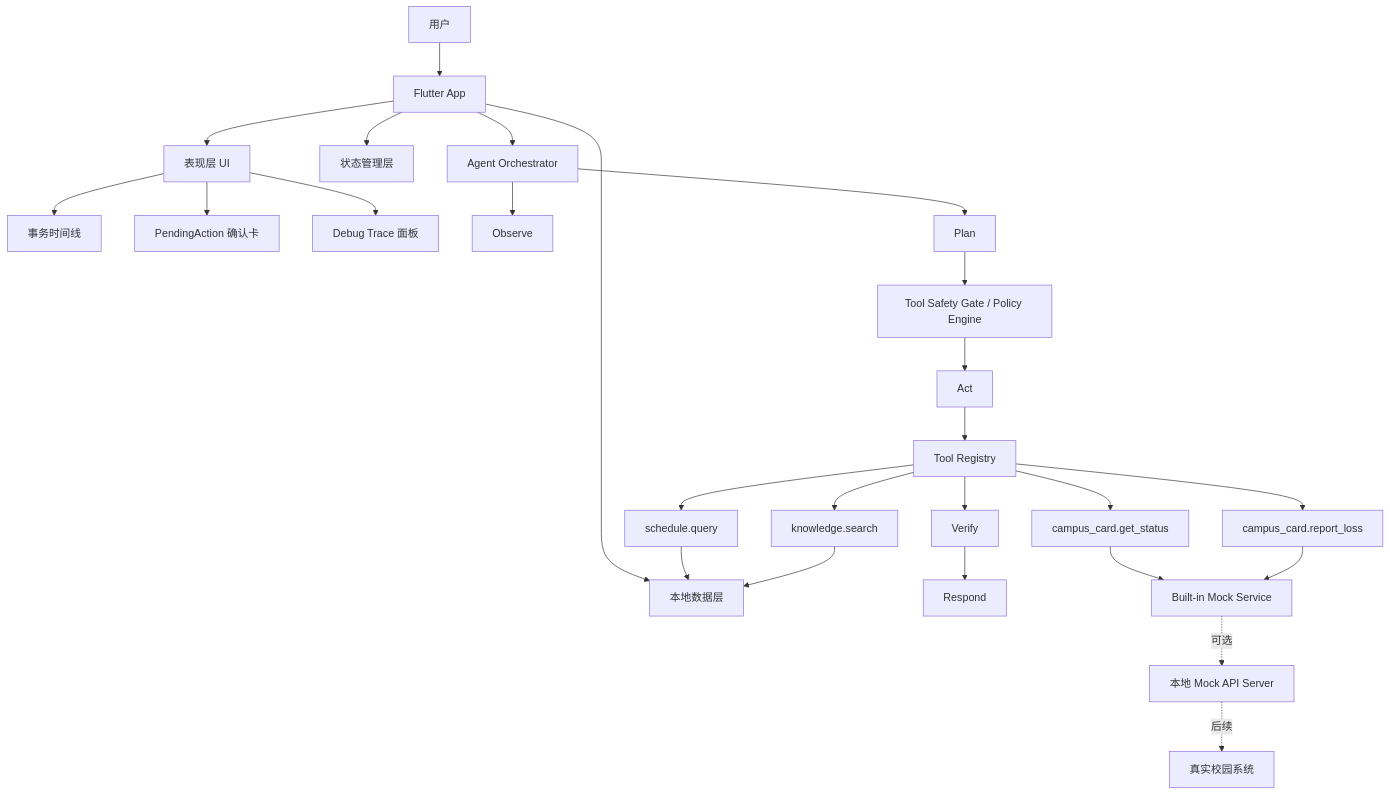
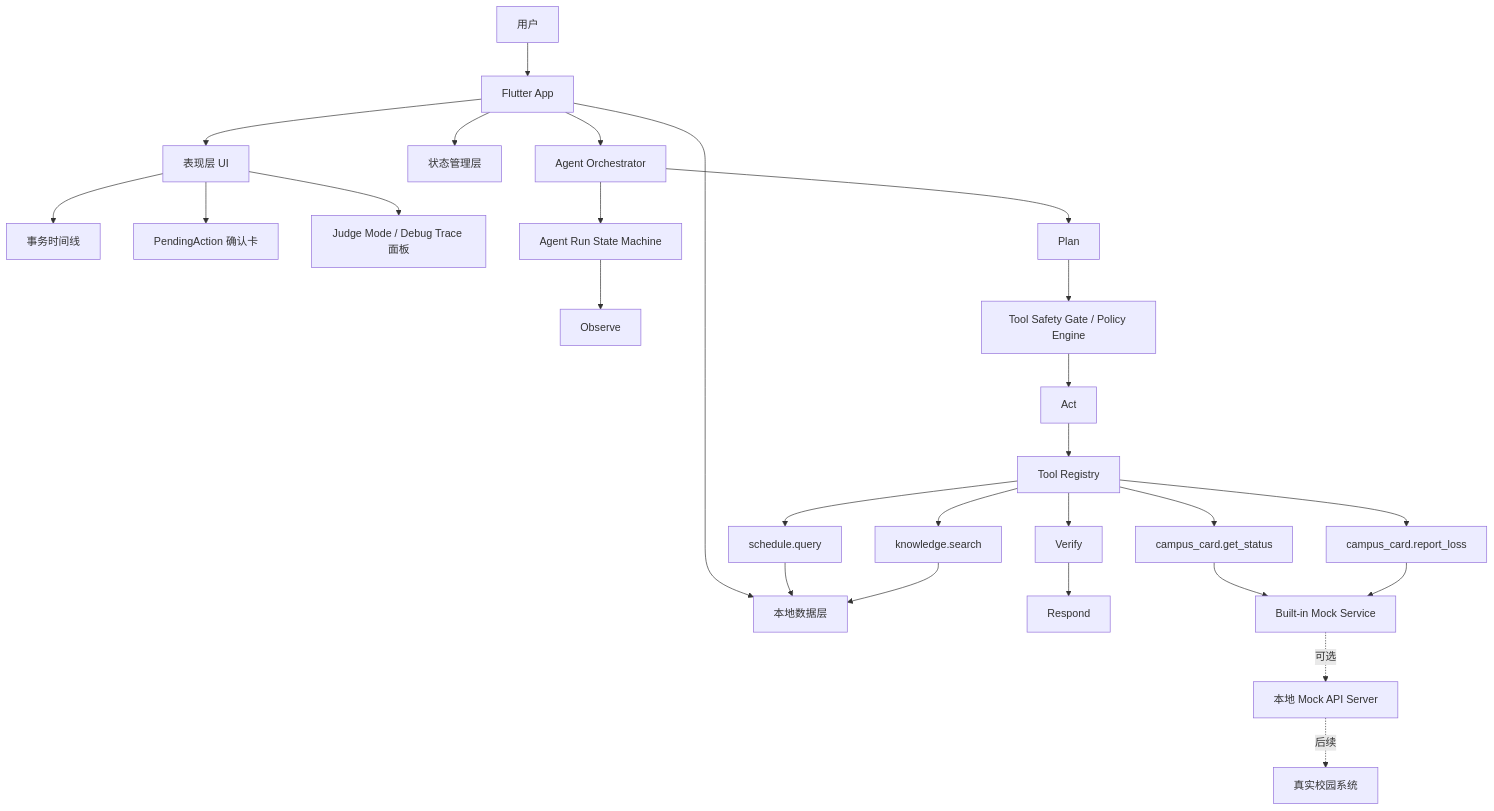
The first of 3 diagrams in docs/系统架构设计.md (sotice/campus--agent), drawn with Mermaid before and after one commit. The commit also changed other lines of this file and 7 other files, not shown here.

Commit message:
Update documentation for Campus Agent system architecture and deployment instructions; enhance clarity on Agent Run state machine, PendingAction flow, and security measures. Introduce review整改说明 document outlining整改目标,问题与整改处方, and新的 MVP 策略 to address评审意见.

````diff
--- a/docs/系统架构设计.md
+++ b/docs/系统架构设计.md
@@ -22,34 +22,35 @@
 ```mermaid
 flowchart TB
     U[用户] --> APP[Flutter App]
 
     APP --> UI[表现层 UI]
     APP --> STATE[状态管理层]
     APP --> AGENT[Agent Orchestrator]
     APP --> LOCAL[本地数据层]
 
     UI --> TIMELINE[事务时间线]
     UI --> CONFIRM[PendingAction 确认卡]
-    UI --> TRACE[Debug Trace 面板]
+    UI --> TRACE[Judge Mode / Debug Trace 面板]
 
-    AGENT --> OBS[Observe]
+    AGENT --> RUN[Agent Run State Machine]
+    RUN --> OBS[Observe]
     AGENT --> PLAN[Plan]
     PLAN --> SG[Tool Safety Gate / Policy Engine]
     SG --> ACT[Act]
     ACT --> TOOLS[Tool Registry]
     TOOLS --> VERIFY[Verify]
     VERIFY --> RESPOND[Respond]
 
     TOOLS --> SCHEDULE[schedule.query]
     TOOLS --> CARD_STATUS[campus_card.get_status]
     TOOLS --> CARD_LOSS[campus_card.report_loss]
     TOOLS --> KB[knowledge.search]
 
     SCHEDULE --> LOCAL
     CARD_STATUS --> MOCK[Built-in Mock Service]
     CARD_LOSS --> MOCK
     KB --> LOCAL
 
     MOCK -. 可选 .-> API[本地 Mock API Server]
     API -. 后续 .-> REAL[真实校园系统]
 ```
````
